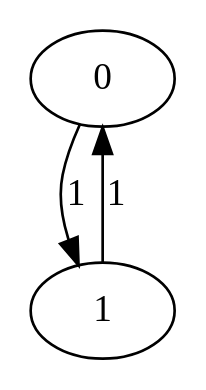
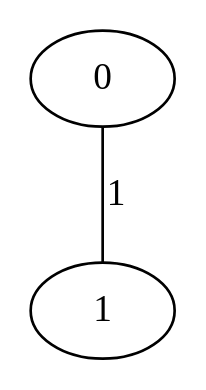
The diagram in tekst/processors_2.gv (kaczuss/geo-scheduling), drawn with Graphviz before and after one commit. The commit also changed 9 other files, not shown here.

```diff
--- a/tekst/processors_2.gv
+++ b/tekst/processors_2.gv
@@ -1,5 +1,5 @@
 digraph processors{
+edge [arrowhead="none",arrowtail="none"];
 0 -> 1 [label="1"];
-1 -> 0 [label="1"];
 
 }
```
